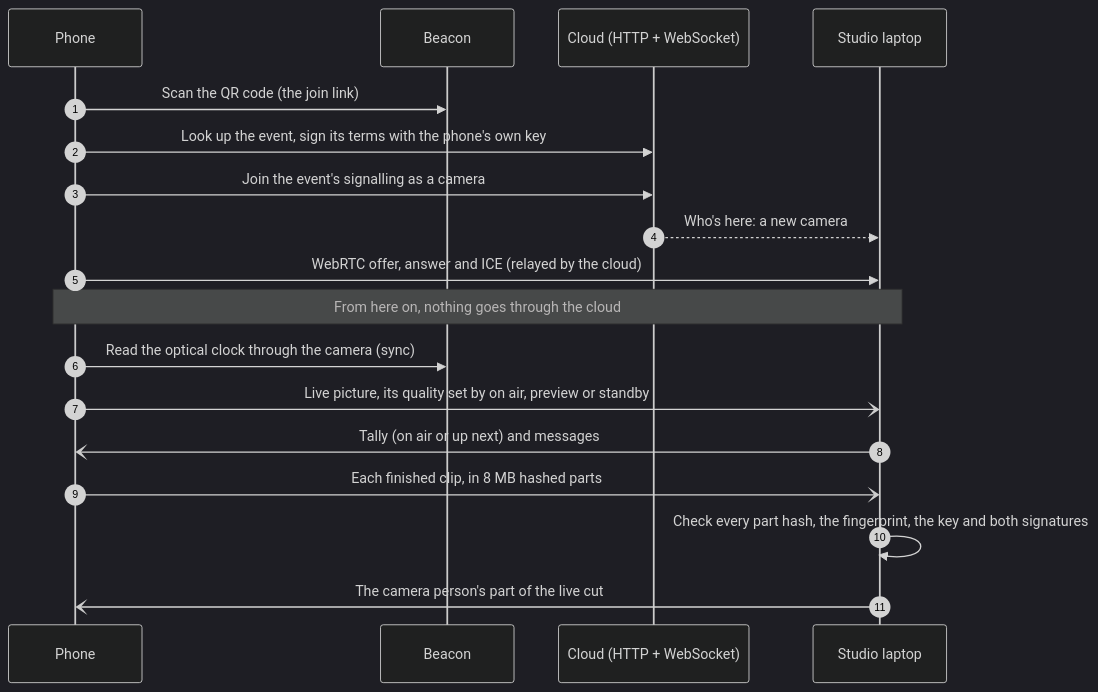
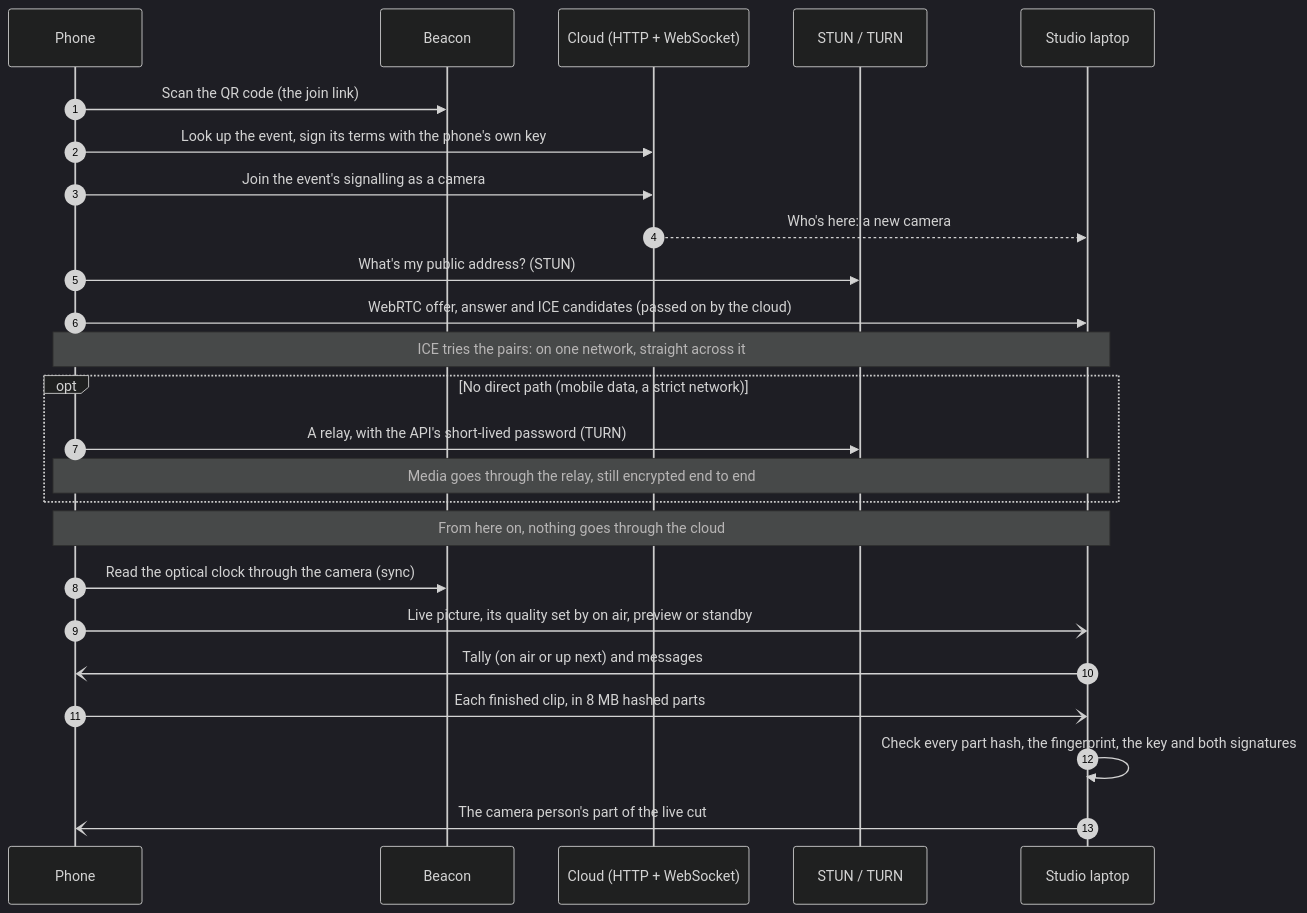
The second of 4 diagrams in README.md (jtalbott22/vuemesh), drawn with Mermaid (dark theme) before and after one commit. The commit also changed other lines of this file, not shown here.

First line of the commit message:
README: ICE, STUN and the TURN relay in How it works and its diagrams; calls (0.76.2)

````diff
--- a/README.md
+++ b/README.md
@@ -277,21 +293,28 @@
 ```mermaid
 sequenceDiagram
   autonumber
   participant Phone
   participant Beacon
   participant Cloud as Cloud (HTTP + WebSocket)
+  participant Ice as STUN / TURN
   participant Studio as Studio laptop
 
   Phone->>Beacon: Scan the QR code (the join link)
   Phone->>Cloud: Look up the event, sign its terms with the phone's own key
   Phone->>Cloud: Join the event's signalling as a camera
   Cloud-->>Studio: Who's here: a new camera
-  Phone->>Studio: WebRTC offer, answer and ICE (relayed by the cloud)
+  Phone->>Ice: What's my public address? (STUN)
+  Phone->>Studio: WebRTC offer, answer and ICE candidates (passed on by the cloud)
+  Note over Phone,Studio: ICE tries the pairs: on one network, straight across it
+  opt No direct path (mobile data, a strict network)
+    Phone->>Ice: A relay, with the API's short-lived password (TURN)
+    Note over Phone,Studio: Media goes through the relay, still encrypted end to end
+  end
   Note over Phone,Studio: From here on, nothing goes through the cloud
   Phone->>Beacon: Read the optical clock through the camera (sync)
   Phone-)Studio: Live picture, its quality set by on air, preview or standby
   Studio-)Phone: Tally (on air or up next) and messages
   Phone-)Studio: Each finished clip, in 8 MB hashed parts
   Studio->>Studio: Check every part hash, the fingerprint, the key and both signatures
   Studio-)Phone: The camera person's part of the live cut
 ```
````
